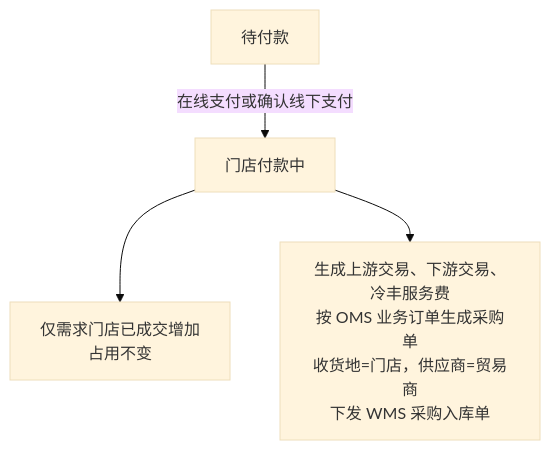
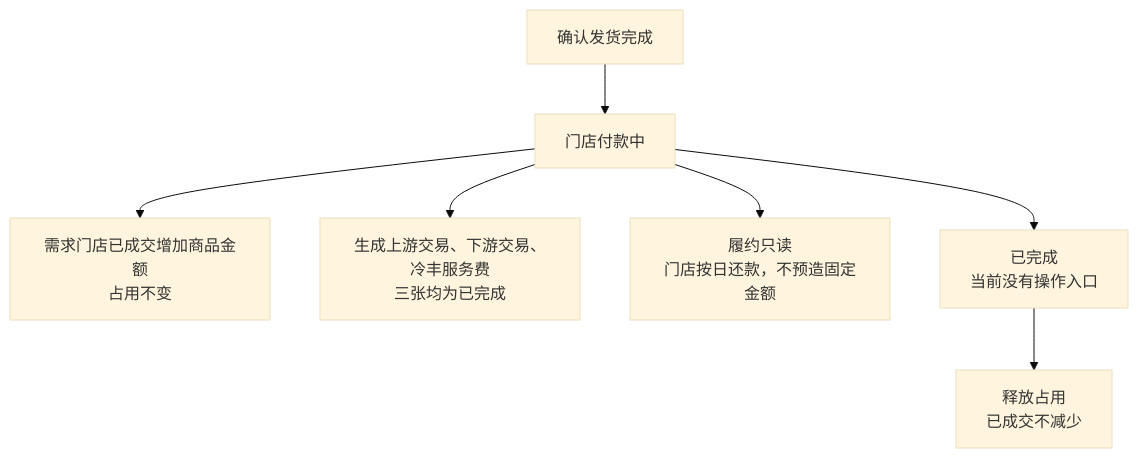
One commit to 342-droid/LFerp changed the eighth of 8 diagrams in RBT/docs/1-整体业务流程图.md. Above: the diagram before and after it, drawn with Mermaid (base theme). The commit also changed other lines of this file and 42 other files, not shown here.

````diff
--- a/RBT/docs/1-整体业务流程图.md
+++ b/RBT/docs/1-整体业务流程图.md
@@ -181,6 +249,9 @@
 ```mermaid
 flowchart TB
-  V0[待付款] -->|在线支付或确认线下支付| V5[门店付款中]
-  V5 --> V7[仅需求门店已成交增加<br/>占用不变]
-  V5 --> V9[生成上游交易、下游交易、冷丰服务费<br/>按 OMS 业务订单生成采购单<br/>收货地=门店，供应商=贸易商<br/>下发 WMS 采购入库单]
+  P0[确认发货完成] --> P1[门店付款中]
+  P1 --> P2[需求门店已成交增加商品金额<br/>占用不变]
+  P1 --> P3[生成上游交易、下游交易、冷丰服务费<br/>三张均为已完成]
+  P1 --> P4[履约只读<br/>门店按日还款，不预造固定金额]
+  P1 --> P5[已完成<br/>当前没有操作入口]
+  P5 --> P6[释放占用<br/>已成交不减少]
 ```
````
